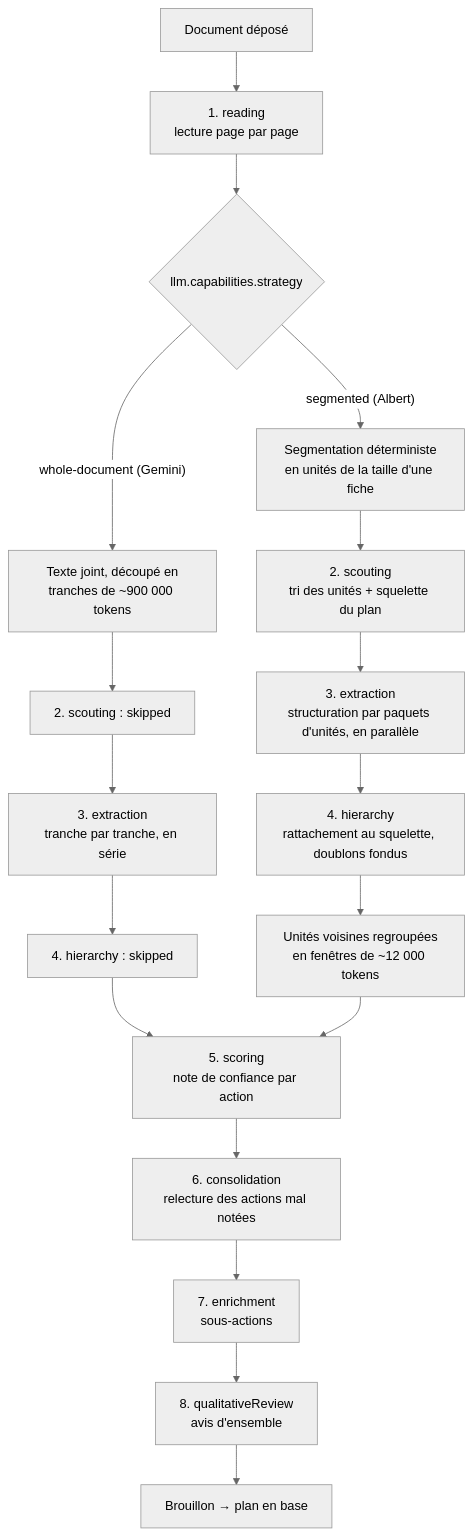
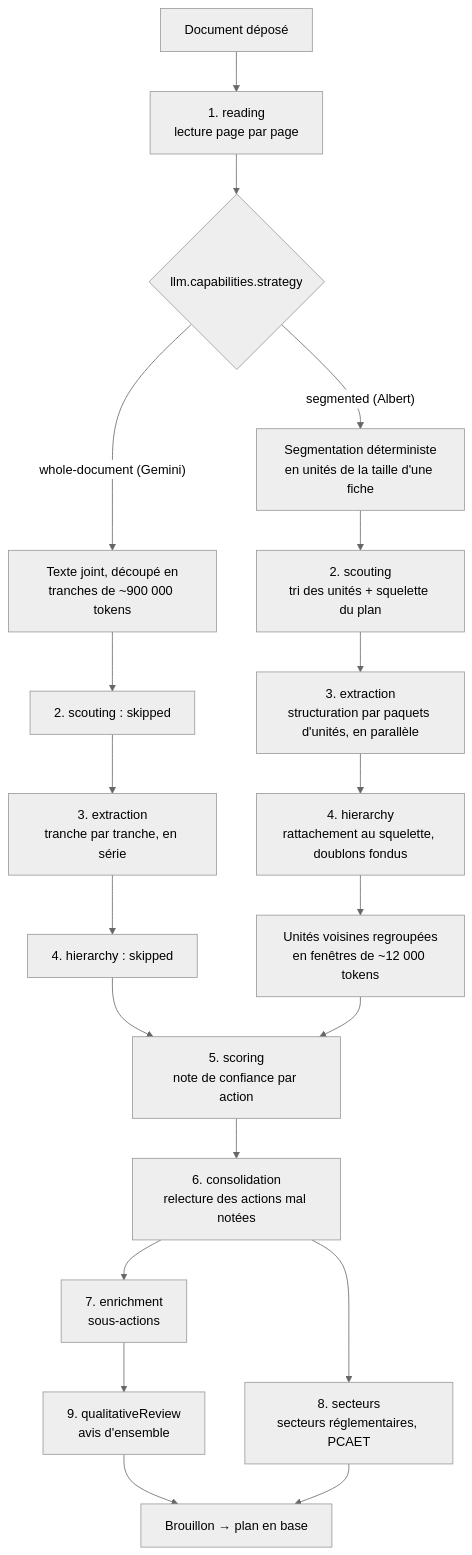
The second of 6 diagrams in apps/backend/src/plans/ai-plan-import/README.md (incubateur-ademe/territoires-en-transitions), drawn with Mermaid (neutral theme) before and after one commit. The commit also changed other lines of this file and 7 other files, not shown here.

````diff
--- a/apps/backend/src/plans/ai-plan-import/README.md
+++ b/apps/backend/src/plans/ai-plan-import/README.md
@@ -79,24 +79,26 @@
 ```mermaid
 flowchart TD
     A[Document déposé] --> R[1. reading<br/>lecture page par page]
     R --> S{llm.capabilities.strategy}
 
     S -- "whole-document (Gemini)" --> WD[Texte joint, découpé en<br/>tranches de ~900 000 tokens]
     WD --> SC1[2. scouting : skipped]
     SC1 --> EX1[3. extraction<br/>tranche par tranche, en série]
     EX1 --> H1[4. hierarchy : skipped]
 
     S -- "segmented (Albert)" --> SEG[Segmentation déterministe<br/>en unités de la taille d'une fiche]
     SEG --> SC2[2. scouting<br/>tri des unités + squelette du plan]
     SC2 --> EX2[3. extraction<br/>structuration par paquets d'unités, en parallèle]
     EX2 --> H2[4. hierarchy<br/>rattachement au squelette, doublons fondus]
 
     H1 --> V
     H2 --> CO[Unités voisines regroupées<br/>en fenêtres de ~12 000 tokens]
     CO --> V
 
     V[5. scoring<br/>note de confiance par action] --> C[6. consolidation<br/>relecture des actions mal notées]
     C --> E[7. enrichment<br/>sous-actions]
-    E --> Q[8. qualitativeReview<br/>avis d'ensemble]
+    C --> SE[8. secteurs<br/>secteurs réglementaires, PCAET]
+    E --> Q[9. qualitativeReview<br/>avis d'ensemble]
     Q --> P[Brouillon → plan en base]
+    SE --> P
 ```
````
